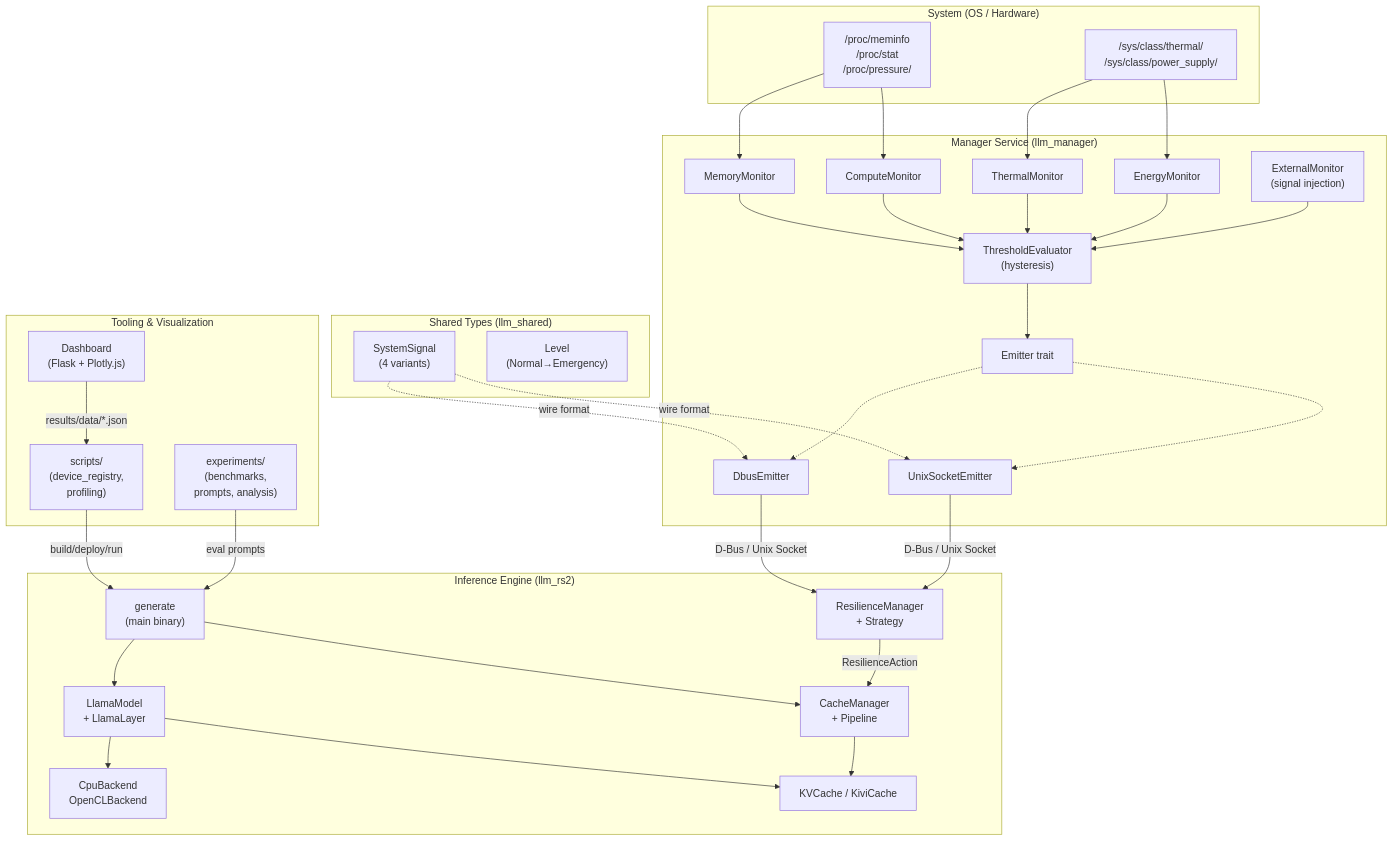
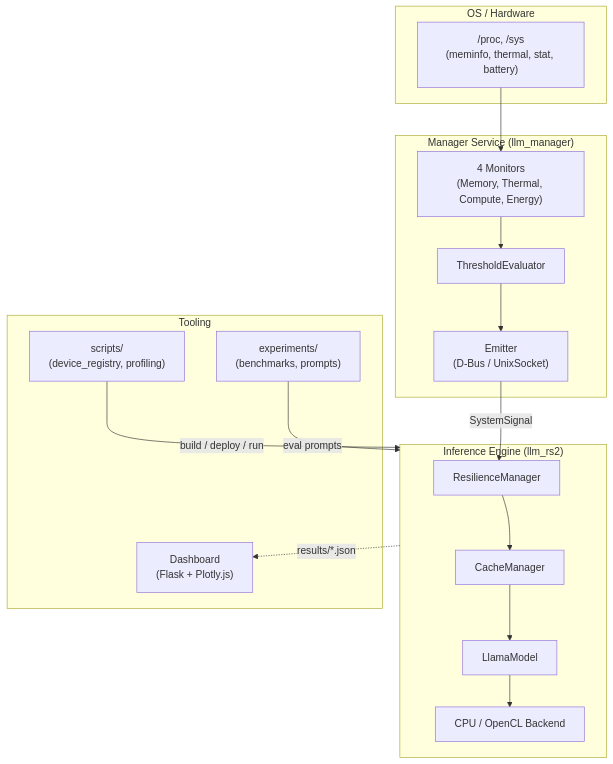
Before and after one commit to hedone21/llm_rs2: the first of 5 diagrams in ARCHITECTURE.md, drawn with Mermaid. The commit also changed other lines of this file, not shown here.

Commit message:
docs(architecture): simplify component diagram and add sequence diagram
- Simplify System Component Diagram: remove SharedTypes subgraph,
  consolidate monitors/emitters into single nodes, reduce visual noise
- Replace ASCII Inter-Component Communication with Mermaid sequence
  diagram showing runtime signal flow (escalation + recovery) with
  concrete MemoryPressure example

````diff
--- a/ARCHITECTURE.md
+++ b/ARCHITECTURE.md
@@ -36,70 +36,35 @@
 ```mermaid
 graph TB
-    subgraph SystemLayer ["System (OS / Hardware)"]
-        ProcFS["/proc/meminfo\n/proc/stat\n/proc/pressure/"]
-        SysFS["/sys/class/thermal/\n/sys/class/power_supply/"]
+    subgraph OS ["OS / Hardware"]
+        SysMetrics["/proc, /sys\n(meminfo, thermal, stat, battery)"]
     end
 
-    subgraph ManagerService ["Manager Service (llm_manager)"]
-        MemMon["MemoryMonitor"]
-        ThermMon["ThermalMonitor"]
-        CompMon["ComputeMonitor"]
-        EnergyMon["EnergyMonitor"]
-        ExtMon["ExternalMonitor\n(signal injection)"]
-        Evaluator["ThresholdEvaluator\n(hysteresis)"]
-        EmitterTrait["Emitter trait"]
-        DBusEmit["DbusEmitter"]
-        UnixEmit["UnixSocketEmitter"]
+    subgraph Manager ["Manager Service (llm_manager)"]
+        Monitors["4 Monitors\n(Memory, Thermal, Compute, Energy)"]
+        Evaluator["ThresholdEvaluator"]
+        Emitter["Emitter\n(D-Bus / UnixSocket)"]
     end
 
-    subgraph SharedTypes ["Shared Types (llm_shared)"]
-        SysSignal["SystemSignal\n(4 variants)"]
-        LevelEnum["Level\n(Normal→Emergency)"]
+    subgraph Engine ["Inference Engine (llm_rs2)"]
+        Resilience["ResilienceManager"]
+        CacheMgr["CacheManager"]
+        Model["LlamaModel"]
+        Backends["CPU / OpenCL Backend"]
     end
 
-    subgraph EngineService ["Inference Engine (llm_rs2)"]
-        Generate["generate\n(main binary)"]
-        Resilience["ResilienceManager\n+ Strategy"]
-        CacheMgr["CacheManager\n+ Pipeline"]
-        Model["LlamaModel\n+ LlamaLayer"]
-        Backends["CpuBackend\nOpenCLBackend"]
-        KVCache2["KVCache / KiviCache"]
+    subgraph Tooling ["Tooling"]
+        Scripts["scripts/\n(device_registry, profiling)"]
+        Experiments["experiments/\n(benchmarks, prompts)"]
+        Dashboard["Dashboard\n(Flask + Plotly.js)"]
     end
 
-    subgraph Tooling ["Tooling & Visualization"]
-        Dashboard["Dashboard\n(Flask + Plotly.js)"]
-        Scripts["scripts/\n(device_registry,\nprofiling)"]
-        Experiments["experiments/\n(benchmarks,\nprompts, analysis)"]
-    end
+    SysMetrics --> Monitors
+    Monitors --> Evaluator --> Emitter
+    Emitter -->|"SystemSignal"| Resilience
+    Resilience --> CacheMgr --> Model
+    Model --> Backends
 
-    ProcFS --> MemMon
-    ProcFS --> CompMon
-    SysFS --> ThermMon
-    SysFS --> EnergyMon
-
-    MemMon --> Evaluator
-    ThermMon --> Evaluator
-    CompMon --> Evaluator
-    EnergyMon --> Evaluator
-    ExtMon --> Evaluator
-
-    Evaluator --> EmitterTrait
-    EmitterTrait -.-> DBusEmit
-    EmitterTrait -.-> UnixEmit
-
-    DBusEmit -->|"D-Bus / Unix Socket"| Resilience
-    UnixEmit -->|"D-Bus / Unix Socket"| Resilience
-    SysSignal -.->|"wire format"| DBusEmit
-    SysSignal -.->|"wire format"| UnixEmit
-
-    Resilience -->|"ResilienceAction"| CacheMgr
-    CacheMgr --> KVCache2
-    Generate --> Model
-    Generate --> CacheMgr
-    Model --> Backends
-    Model --> KVCache2
-
-    Scripts -->|"build/deploy/run"| Generate
-    Experiments -->|"eval prompts"| Generate
-    Dashboard -->|"results/data/*.json"| Scripts
+    Scripts -->|"build / deploy / run"| Engine
+    Experiments -->|"eval prompts"| Engine
+    Engine -.->|"results/*.json"| Dashboard
 ```
````
